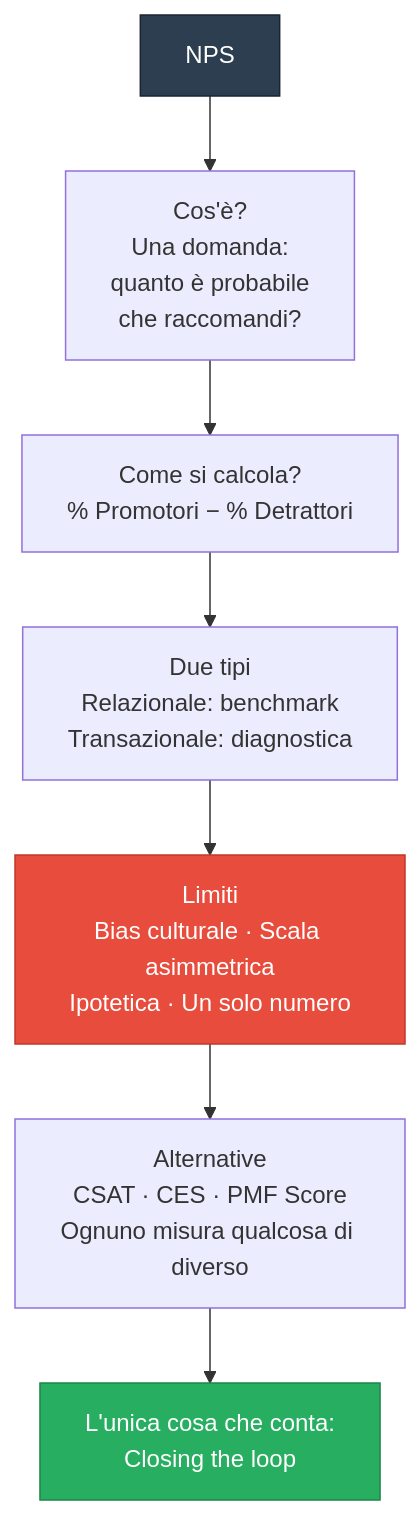
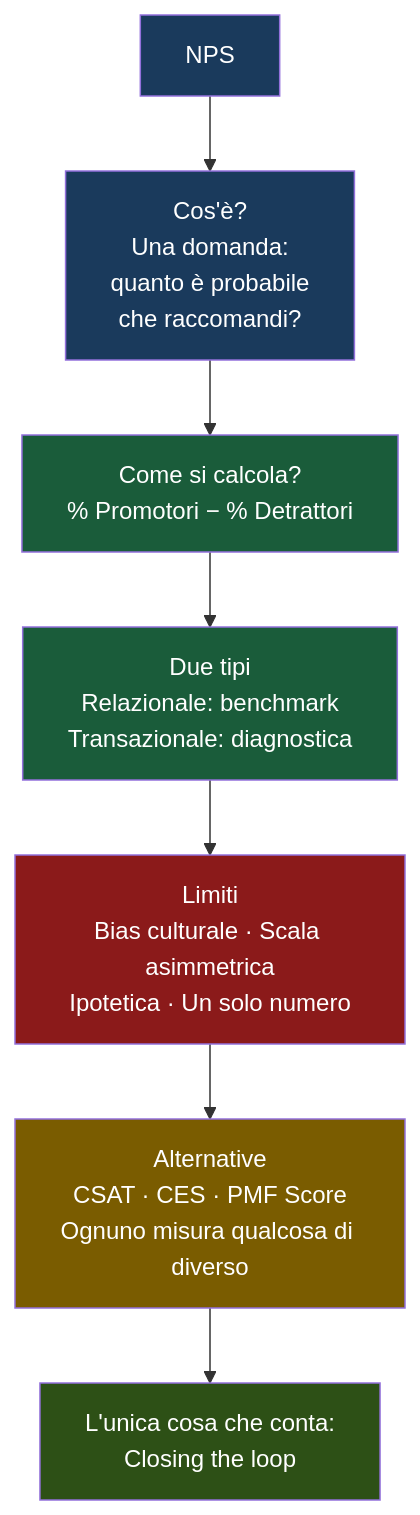
One commit to AndreyBertasini/gynnitech changed the fifth of 5 diagrams in src/content/corso/analisi-prodotto/nps-net-promoter-score.mdx. Above: the diagram before and after it, drawn with Mermaid. The commit also changed other lines of this file and 21 other files, not shown here.

First line of the commit message:
style: applica color scheme semantico a tutti i diagrammi Mermaid del corso

````diff
--- a/src/content/corso/analisi-prodotto/nps-net-promoter-score.mdx
+++ b/src/content/corso/analisi-prodotto/nps-net-promoter-score.mdx
@@ -215,12 +229,16 @@
 ```mermaid
 graph TD
     START["NPS"] --> WHAT["Cos'è?\nUna domanda:\nquanto è probabile\nche raccomandi?"]
     WHAT --> CALC["Come si calcola?\n% Promotori − % Detrattori"]
     CALC --> TYPES["Due tipi\nRelazionale: benchmark\nTransazionale: diagnostica"]
     TYPES --> LIMITS["Limiti\nBias culturale · Scala asimmetrica\nIpotetica · Un solo numero"]
     LIMITS --> ALT["Alternative\nCSAT · CES · PMF Score\nOgnuno misura qualcosa di diverso"]
     ALT --> ACTION["L'unica cosa che conta:\nClosing the loop"]
-    style START fill:#2c3e50,stroke:#1a252f,color:#fff
-    style LIMITS fill:#e74c3c,stroke:#c0392b,color:#fff
-    style ACTION fill:#27ae60,stroke:#1e8449,color:#fff
+    style START fill:#1a3a5c,color:#ffffff
+    style WHAT fill:#1a3a5c,color:#ffffff
+    style CALC fill:#1a5c3a,color:#ffffff
+    style TYPES fill:#1a5c3a,color:#ffffff
+    style LIMITS fill:#8b1a1a,color:#ffffff
+    style ALT fill:#7a5c00,color:#ffffff
+    style ACTION fill:#2d5016,color:#ffffff
 ```
````
